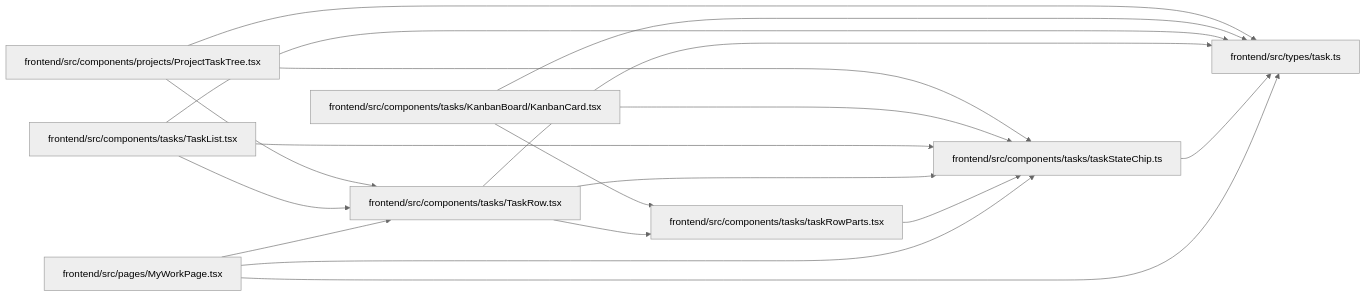
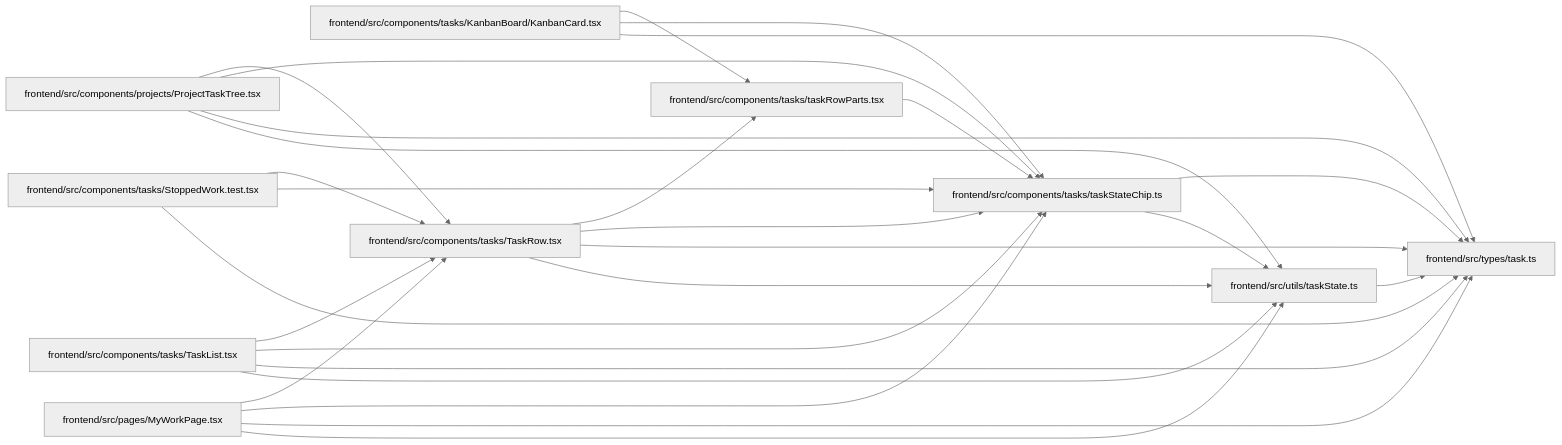
The diagram in docs/llm_wiki/modules/taskStateChip.md (Denissvgn/WorkChord), drawn with Mermaid (neutral theme) before and after one commit. The commit also changed other lines of this file and 674 other files, not shown here.

Commit message:
Sync the architectural wiki for showing stopped work

````diff
--- a/docs/llm_wiki/modules/taskStateChip.md
+++ b/docs/llm_wiki/modules/taskStateChip.md
@@ -26,36 +27,49 @@
 ```mermaid
 flowchart LR
     n0["frontend/src/components/projects/ProjectTaskTree.tsx"]
     n1["frontend/src/components/tasks/KanbanBoard/KanbanCard.tsx"]
-    n2["frontend/src/components/tasks/TaskList.tsx"]
-    n3["frontend/src/components/tasks/TaskRow.tsx"]
-    n4["frontend/src/components/tasks/taskRowParts.tsx"]
-    n5["frontend/src/components/tasks/taskStateChip.ts"]
-    n6["frontend/src/pages/MyWorkPage.tsx"]
-    n7["frontend/src/types/task.ts"]
-    n0 --> n3
-    n0 --> n5
-    n0 --> n7
-    n1 --> n4
+    n2["frontend/src/components/tasks/StoppedWork.test.tsx"]
+    n3["frontend/src/components/tasks/TaskList.tsx"]
+    n4["frontend/src/components/tasks/TaskRow.tsx"]
+    n5["frontend/src/components/tasks/taskRowParts.tsx"]
+    n6["frontend/src/components/tasks/taskStateChip.ts"]
+    n7["frontend/src/pages/MyWorkPage.tsx"]
+    n8["frontend/src/types/task.ts"]
+    n9["frontend/src/utils/taskState.ts"]
+    n0 --> n4
+    n0 --> n6
+    n0 --> n8
+    n0 --> n9
     n1 --> n5
-    n1 --> n7
-    n2 --> n3
-    n2 --> n5
-    n2 --> n7
+    n1 --> n6
+    n1 --> n8
+    n2 --> n4
+    n2 --> n6
+    n2 --> n8
     n3 --> n4
-    n3 --> n5
-    n3 --> n7
+    n3 --> n6
+    n3 --> n8
+    n3 --> n9
     n4 --> n5
-    n5 --> n7
-    n6 --> n3
-    n6 --> n5
-    n6 --> n7
+    n4 --> n6
+    n4 --> n8
+    n4 --> n9
+    n5 --> n6
+    n6 --> n8
+    n6 --> n9
+    n7 --> n4
+    n7 --> n6
+    n7 --> n8
+    n7 --> n9
+    n9 --> n8
     click n0 "../modules/ProjectTaskTree.md"
     click n1 "../modules/KanbanCard.md"
-    click n2 "../modules/TaskList.md"
-    click n3 "../modules/TaskRow.md"
-    click n4 "../modules/taskRowParts.md"
-    click n5 "../modules/taskStateChip.md"
-    click n6 "../modules/MyWorkPage.md"
-    click n7 "../modules/types_task.md"
+    click n2 "../modules/StoppedWork.test.md"
+    click n3 "../modules/TaskList.md"
+    click n4 "../modules/TaskRow.md"
+    click n5 "../modules/taskRowParts.md"
+    click n6 "../modules/taskStateChip.md"
+    click n7 "../modules/MyWorkPage.md"
+    click n8 "../modules/types_task.md"
+    click n9 "../modules/taskState.md"
 ```
````
